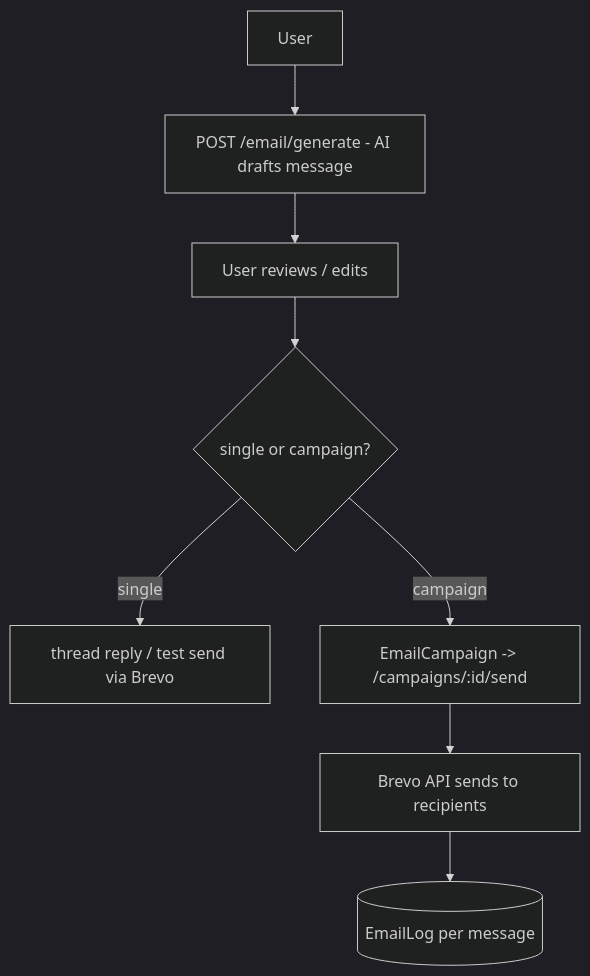
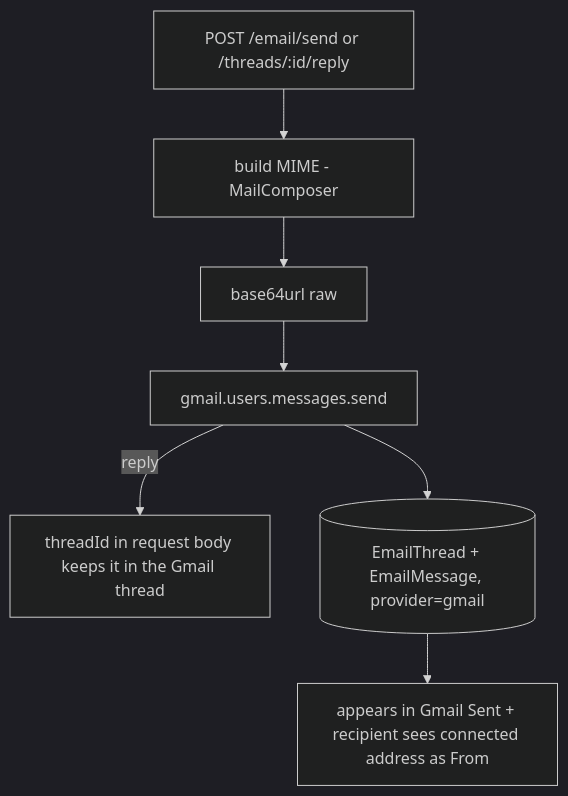
Before and after one commit to krishnayadavv1647/AI-Voice-Agent-: the second of 3 diagrams in docs/11-email.md, drawn with Mermaid (dark theme). The commit also changed other lines of this file and 40 other files, not shown here.

````diff
--- a/docs/11-email.md
+++ b/docs/11-email.md
@@ -31,10 +69,9 @@
 ```mermaid
 flowchart TD
-    U[User] --> Gen[POST /email/generate - AI drafts message]
-    Gen --> Review[User reviews / edits]
-    Review --> Send{single or campaign?}
-    Send -- single --> Reply[thread reply / test send via Brevo]
-    Send -- campaign --> Camp[EmailCampaign -> /campaigns/:id/send]
-    Camp --> Brevo[Brevo API sends to recipients]
-    Brevo --> Log[(EmailLog per message)]
+    C[POST /email/send or /threads/:id/reply] --> M[build MIME - MailComposer]
+    M --> B64[base64url raw]
+    B64 --> S[gmail.users.messages.send]
+    S -->|reply| T[threadId in request body keeps it in the Gmail thread]
+    S --> Store[(EmailThread + EmailMessage, provider=gmail)]
+    Store --> Sent[appears in Gmail Sent + recipient sees connected address as From]
 ```
````
